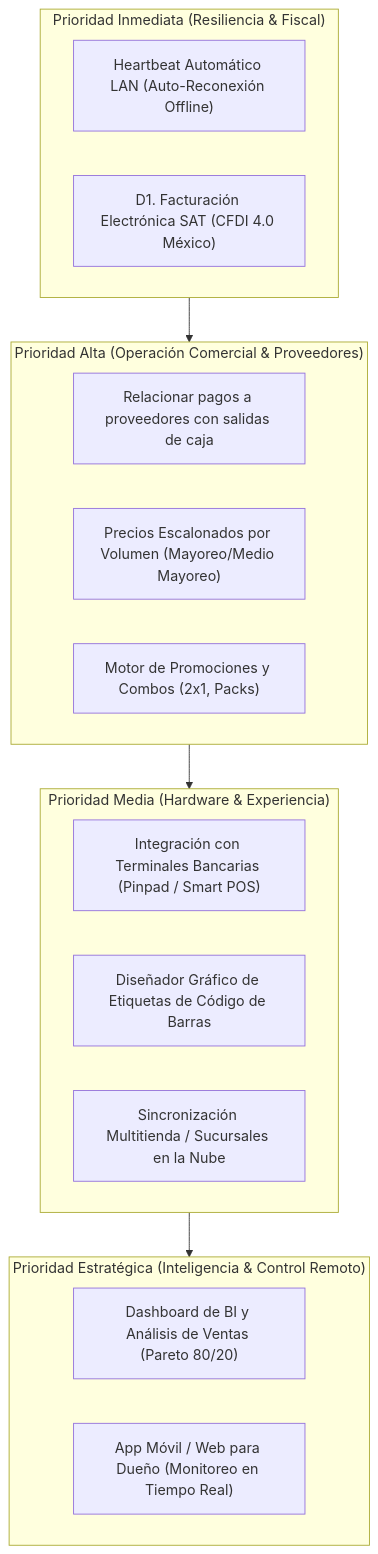
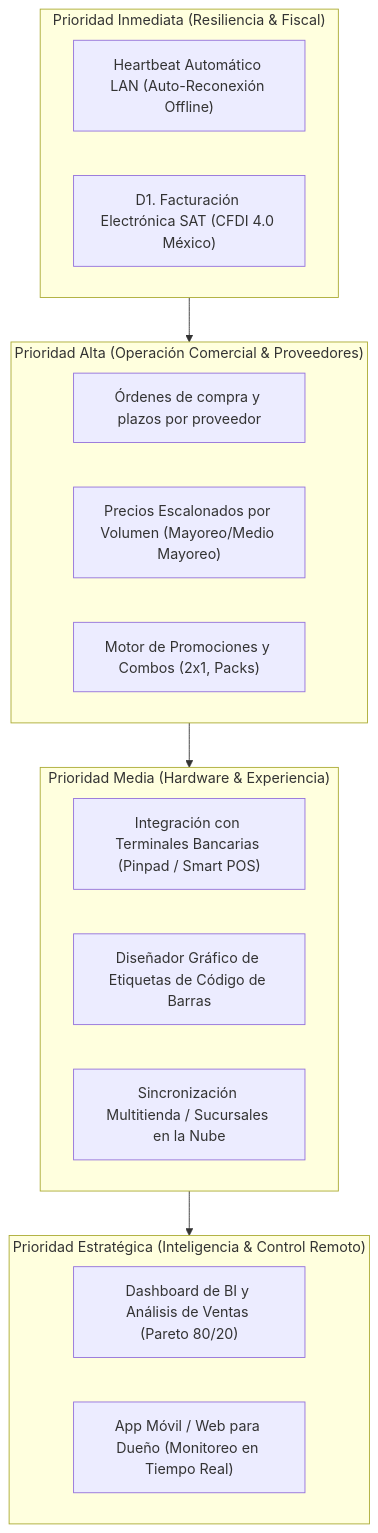
Before and after one commit to EddChavez/NexusPOS: the diagram in docs/mejoras-pendientes.md, drawn with Mermaid. The commit also changed other lines of this file and 13 other files, not shown here.

````diff
--- a/docs/mejoras-pendientes.md
+++ b/docs/mejoras-pendientes.md
@@ -30,26 +30,26 @@
 ```mermaid
 graph TD
     subgraph P1 ["Prioridad Inmediata (Resiliencia & Fiscal)"]
         HB["Heartbeat Automático LAN (Auto-Reconexión Offline)"]
         D1["D1. Facturación Electrónica SAT (CFDI 4.0 México)"]
     end
 
     subgraph P2 ["Prioridad Alta (Operación Comercial & Proveedores)"]
-        CXP["Relacionar pagos a proveedores con salidas de caja"]
+        CXP["Órdenes de compra y plazos por proveedor"]
         VOL["Precios Escalonados por Volumen (Mayoreo/Medio Mayoreo)"]
         PROMO["Motor de Promociones y Combos (2x1, Packs)"]
     end
 
     subgraph P3 ["Prioridad Media (Hardware & Experiencia)"]
         PINPAD["Integración con Terminales Bancarias (Pinpad / Smart POS)"]
         LABEL_CUSTOM["Diseñador Gráfico de Etiquetas de Código de Barras"]
         MULTI_STORE["Sincronización Multitienda / Sucursales en la Nube"]
     end
 
     subgraph P4 ["Prioridad Estratégica (Inteligencia & Control Remoto)"]
         BI["Dashboard de BI y Análisis de Ventas (Pareto 80/20)"]
         MOBILE_APP["App Móvil / Web para Dueño (Monitoreo en Tiempo Real)"]
     end
 
     P1 --> P2 --> P3 --> P4
 ```
````
